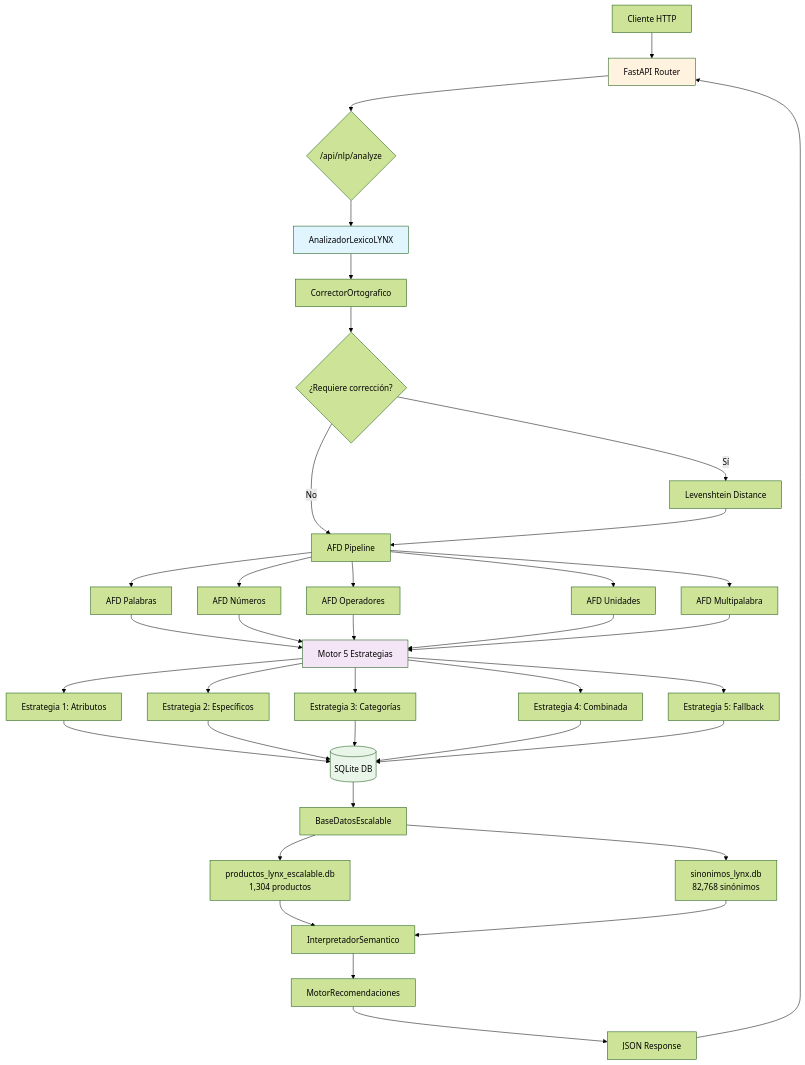
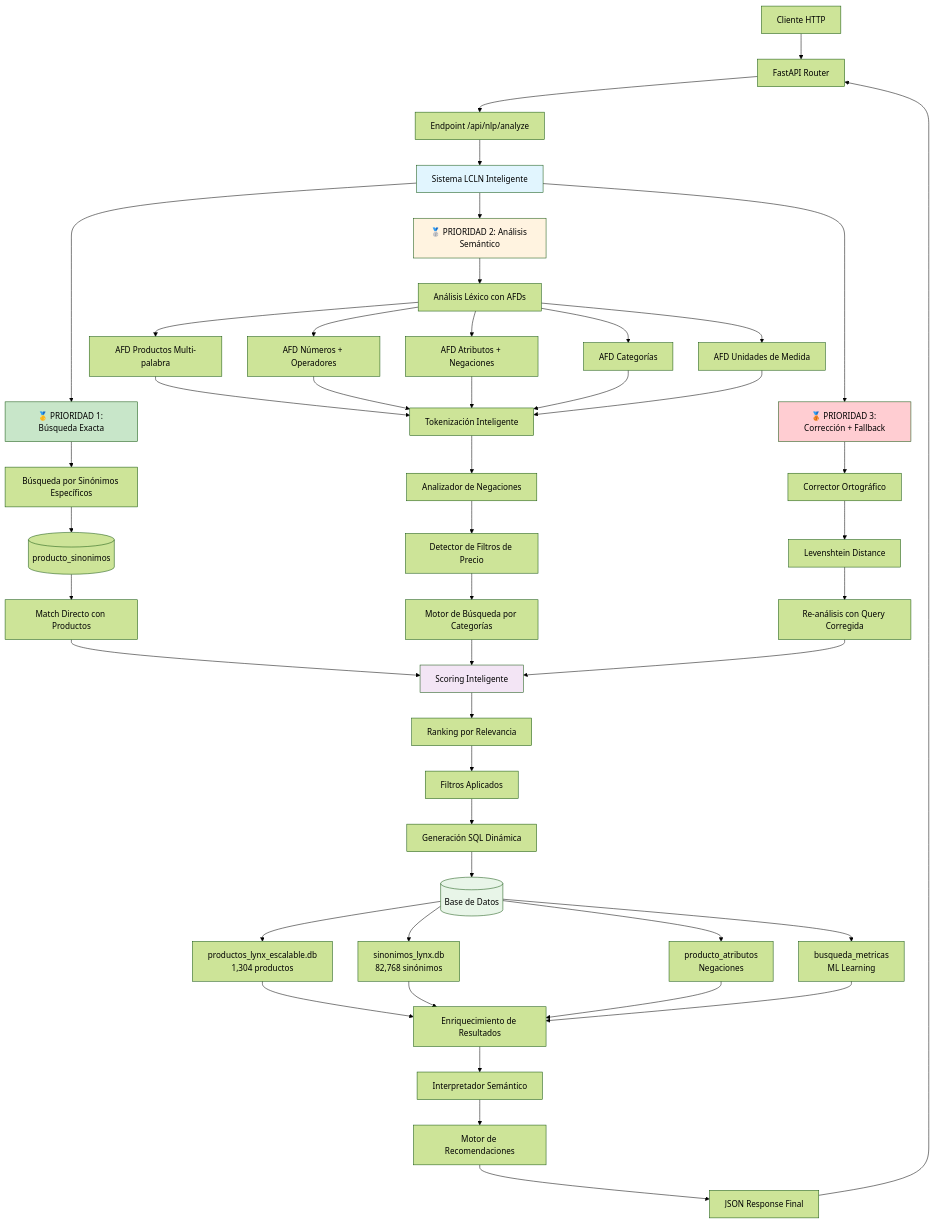
The first of 2 diagrams in AnalizadorNPLLynx/AnalizadorLynx-main/README.md (LuisPuent3/LynxWeb), drawn with Mermaid (forest theme) before and after one commit. The commit also changed other lines of this file, not shown here.

Commit message:
Expand and update technical architecture in README
The README now includes a more comprehensive and detailed description of the LCLN system architecture, with updated mermaid diagrams, a formal lexical analysis section, detailed processing flow, and technical specifications. This provides clearer insight into the system's components, processing phases, and performance metrics.

````diff
--- a/AnalizadorNPLLynx/AnalizadorLynx-main/README.md
+++ b/AnalizadorNPLLynx/AnalizadorLynx-main/README.md
@@ -121,51 +121,66 @@
 ```mermaid
 graph TD
     A[Cliente HTTP] --> B[FastAPI Router]
-    B --> C{/api/nlp/analyze}
-    C --> D[AnalizadorLexicoLYNX]
+    B --> C[Endpoint /api/nlp/analyze]
     
-    D --> E[CorrectorOrtografico]
-    E --> F{¿Requiere corrección?}
-    F -->|Sí| G[Levenshtein Distance]
-    F -->|No| H[AFD Pipeline]
-    G --> H
+    C --> D[Sistema LCLN Inteligente]
+    D --> E[🥇 PRIORIDAD 1: Búsqueda Exacta]
+    D --> F[🥈 PRIORIDAD 2: Análisis Semántico]  
+    D --> G[🥉 PRIORIDAD 3: Corrección + Fallback]
     
-    H --> I[AFD Palabras]
-    H --> J[AFD Números] 
-    H --> K[AFD Operadores]
-    H --> L[AFD Unidades]
-    H --> M[AFD Multipalabra]
+    E --> H[Búsqueda por Sinónimos Específicos]
+    H --> I[(producto_sinonimos)]
+    I --> J[Match Directo con Productos]
     
-    I --> N[Motor 5 Estrategias]
-    J --> N
-    K --> N
-    L --> N
-    M --> N
+    F --> K[Análisis Léxico con AFDs]
+    K --> L[AFD Productos Multi-palabra]
+    K --> M[AFD Números + Operadores]
+    K --> N[AFD Atributos + Negaciones]
+    K --> O[AFD Categorías]
+    K --> P[AFD Unidades de Medida]
     
-    N --> O[Estrategia 1: Atributos]
-    N --> P[Estrategia 2: Específicos]
-    N --> Q[Estrategia 3: Categorías]
-    N --> R[Estrategia 4: Combinada]
-    N --> S[Estrategia 5: Fallback]
+    L --> Q[Tokenización Inteligente]
+    M --> Q
+    N --> Q
+    O --> Q
+    P --> Q
     
-    O --> T[(SQLite DB)]
-    P --> T
-    Q --> T
-    R --> T
-    S --> T
+    Q --> R[Analizador de Negaciones]
+    R --> S[Detector de Filtros de Precio]
+    S --> T[Motor de Búsqueda por Categorías]
     
-    T --> U[BaseDatosEscalable]
-    U --> V[productos_lynx_escalable.db<br/>1,304 productos]
-    U --> W[sinonimos_lynx.db<br/>82,768 sinónimos]
+    G --> U[Corrector Ortográfico]
+    U --> V[Levenshtein Distance]
+    V --> W[Re-análisis con Query Corregida]
     
-    V --> X[InterpretadorSemantico]
+    J --> X[Scoring Inteligente]
+    T --> X
     W --> X
-    X --> Y[MotorRecomendaciones]
-    Y --> Z[JSON Response]
-    Z --> B
+    
+    X --> Y[Ranking por Relevancia]
+    Y --> Z[Filtros Aplicados]
+    Z --> AA[Generación SQL Dinámica]
+    
+    AA --> BB[(Base de Datos)]
+    BB --> CC[productos_lynx_escalable.db<br/>1,304 productos]
+    BB --> DD[sinonimos_lynx.db<br/>82,768 sinónimos]
+    BB --> EE[producto_atributos<br/>Negaciones]
+    BB --> FF[busqueda_metricas<br/>ML Learning]
+    
+    CC --> GG[Enriquecimiento de Resultados]
+    DD --> GG
+    EE --> GG
+    FF --> GG
+    
+    GG --> HH[Interpretador Semántico]
+    HH --> II[Motor de Recomendaciones]
+    II --> JJ[JSON Response Final]
+    JJ --> B
     
     style D fill:#e1f5fe
-    style N fill:#f3e5f5
-    style T fill:#e8f5e8
-    style B fill:#fff3e0
+    style E fill:#c8e6c9
+    style F fill:#fff3e0
+    style G fill:#ffcdd2
+    style BB fill:#e8f5e8
+    style X fill:#f3e5f5
 ```
````
